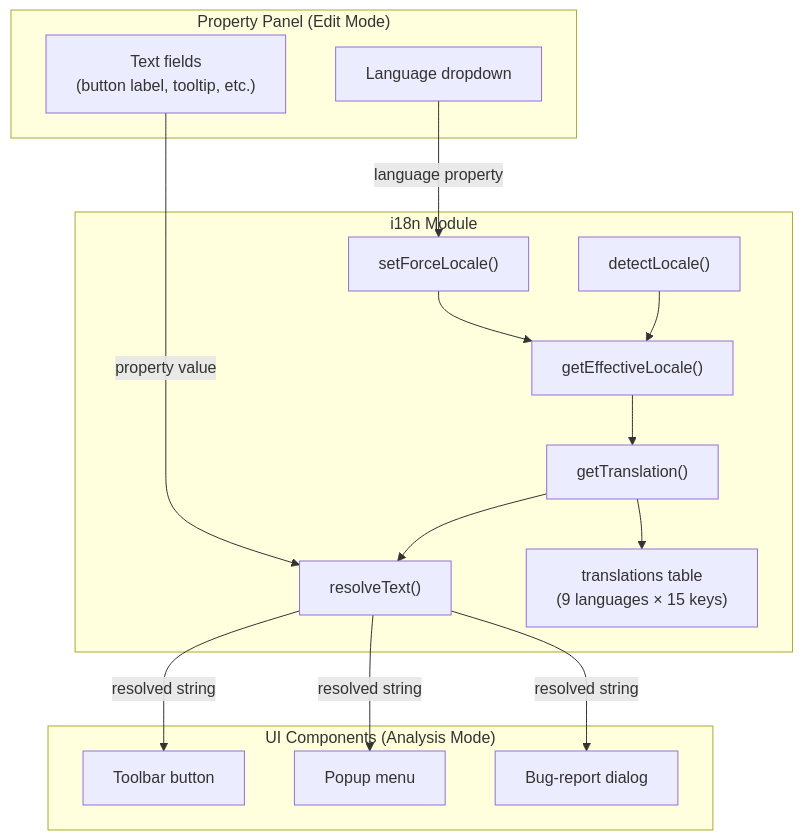
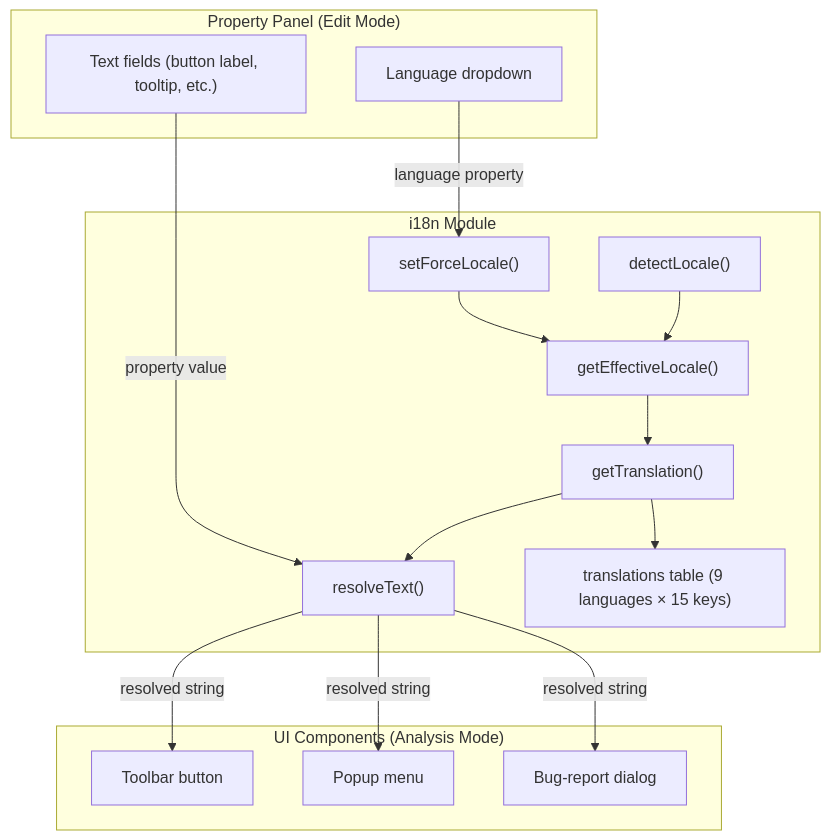
The fourth of 5 diagrams in docs/multi-language.md (ptarmiganlabs/qs-help-button), drawn with Mermaid before and after one commit. The commit also changed other lines of this file, not shown here.

````diff
--- a/docs/multi-language.md
+++ b/docs/multi-language.md
@@ -156,34 +157,34 @@
 ```mermaid
 flowchart TB
     subgraph "Property Panel (Edit Mode)"
         LP["Language dropdown"]
-        PP["Text fields\n(button label, tooltip, etc.)"]
+        PP["Text fields (button label, tooltip, etc.)"]
     end
 
     subgraph "i18n Module"
         SFL["setForceLocale()"]
         DL["detectLocale()"]
         GEL["getEffectiveLocale()"]
         GT["getTranslation()"]
         RT["resolveText()"]
-        TT["translations table\n(9 languages × 15 keys)"]
+        TT["translations table (9 languages × 15 keys)"]
     end
 
     subgraph "UI Components (Analysis Mode)"
         TB["Toolbar button"]
         PM["Popup menu"]
         BRD["Bug-report dialog"]
     end
 
     LP -- "language property" --> SFL
     SFL --> GEL
     DL --> GEL
     GEL --> GT
     GT --> TT
     PP -- "property value" --> RT
     GT --> RT
 
     RT -- "resolved string" --> TB
     RT -- "resolved string" --> PM
     RT -- "resolved string" --> BRD
 ```
````
